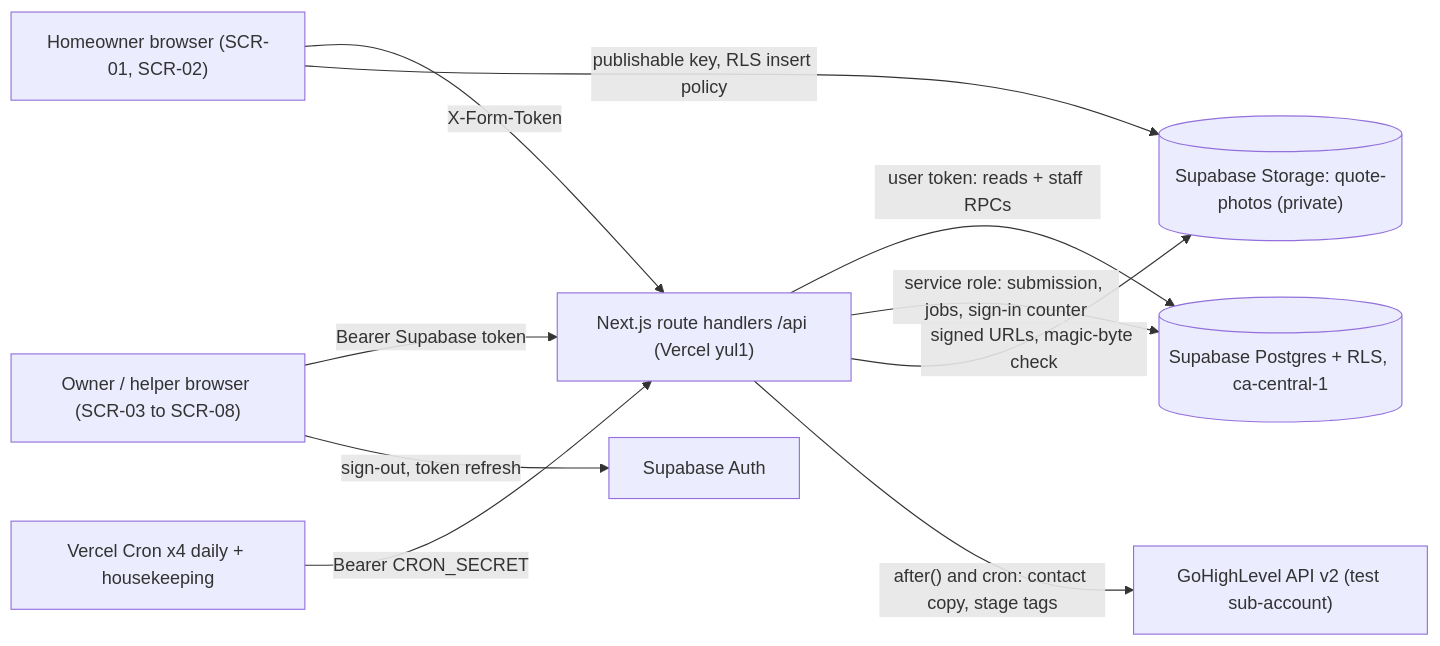
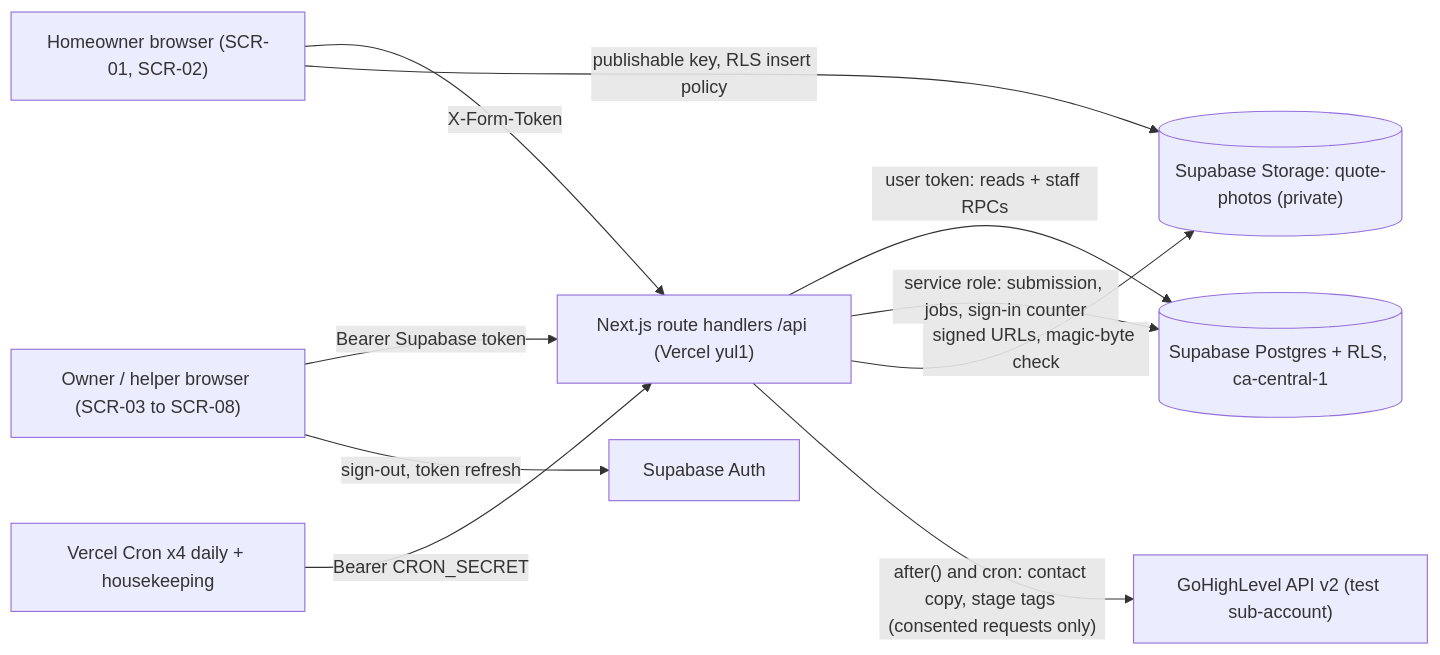
The first of 3 diagrams in docs/architecture.md (westmatty92-alt/northside-quotes), drawn with Mermaid before and after one commit. The commit also changed other lines of this file and 20 other files, not shown here.

````diff
--- a/docs/architecture.md
+++ b/docs/architecture.md
@@ -9,12 +9,12 @@
 ```mermaid
 flowchart LR
   home["Homeowner browser (SCR-01, SCR-02)"] -->|"X-Form-Token"| api["Next.js route handlers /api (Vercel yul1)"]
   home -->|"publishable key, RLS insert policy"| storage[("Supabase Storage: quote-photos (private)")]
   staff["Owner / helper browser (SCR-03 to SCR-08)"] -->|"Bearer Supabase token"| api
   staff -->|"sign-out, token refresh"| auth["Supabase Auth"]
   api -->|"user token: reads + staff RPCs"| db[("Supabase Postgres + RLS, ca-central-1")]
   api -->|"service role: submission, jobs, sign-in counter"| db
   api -->|"signed URLs, magic-byte check"| storage
-  api -->|"after() and cron: contact copy, stage tags"| ghl["GoHighLevel API v2 (test sub-account)"]
+  api -->|"after() and cron: contact copy, stage tags (consented requests only)"| ghl["GoHighLevel API v2 (test sub-account)"]
   cron["Vercel Cron x4 daily + housekeeping"] -->|"Bearer CRON_SECRET"| api
 ```
````
